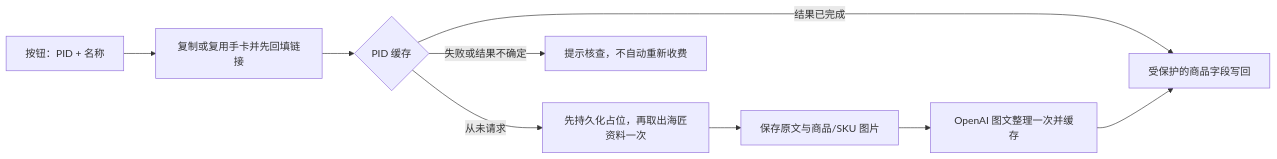
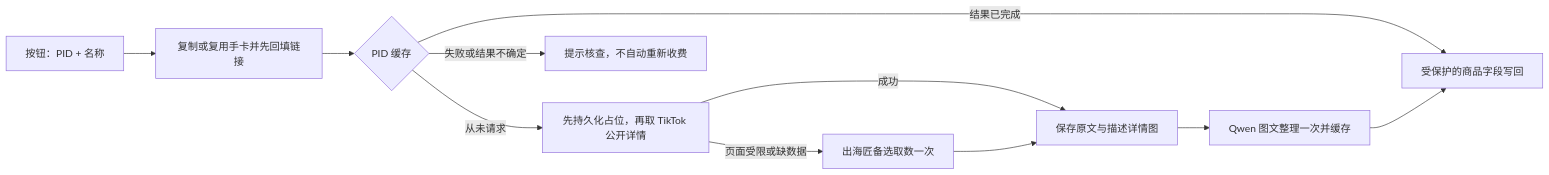
One commit to lihuiming3216-droid/viral-video-analyzer changed the diagram in deploy/PRODUCT_CATALOG.md. Above: the diagram before and after it, drawn with Mermaid. The commit also changed other lines of this file and 13 other files, not shown here.

````diff
--- a/deploy/PRODUCT_CATALOG.md
+++ b/deploy/PRODUCT_CATALOG.md
@@ -27,11 +27,13 @@
 ```mermaid
 flowchart LR
   A[按钮：PID + 名称] --> B[复制或复用手卡并先回填链接]
   B --> C{PID 缓存}
   C -->|结果已完成| G[受保护的商品字段写回]
-  C -->|从未请求| D[先持久化占位，再取出海匠资料一次]
+  C -->|从未请求| D[先持久化占位，再取 TikTok 公开详情]
   C -->|失败或结果不确定| H[提示核查，不自动重新收费]
-  D --> E[保存原文与商品/SKU 图片]
-  E --> F[OpenAI 图文整理一次并缓存]
+  D -->|成功| E[保存原文与描述详情图]
+  D -->|页面受限或缺数据| I[出海匠备选取数一次]
+  I --> E
+  E --> F[Qwen 图文整理一次并缓存]
   F --> G
 ```
````
